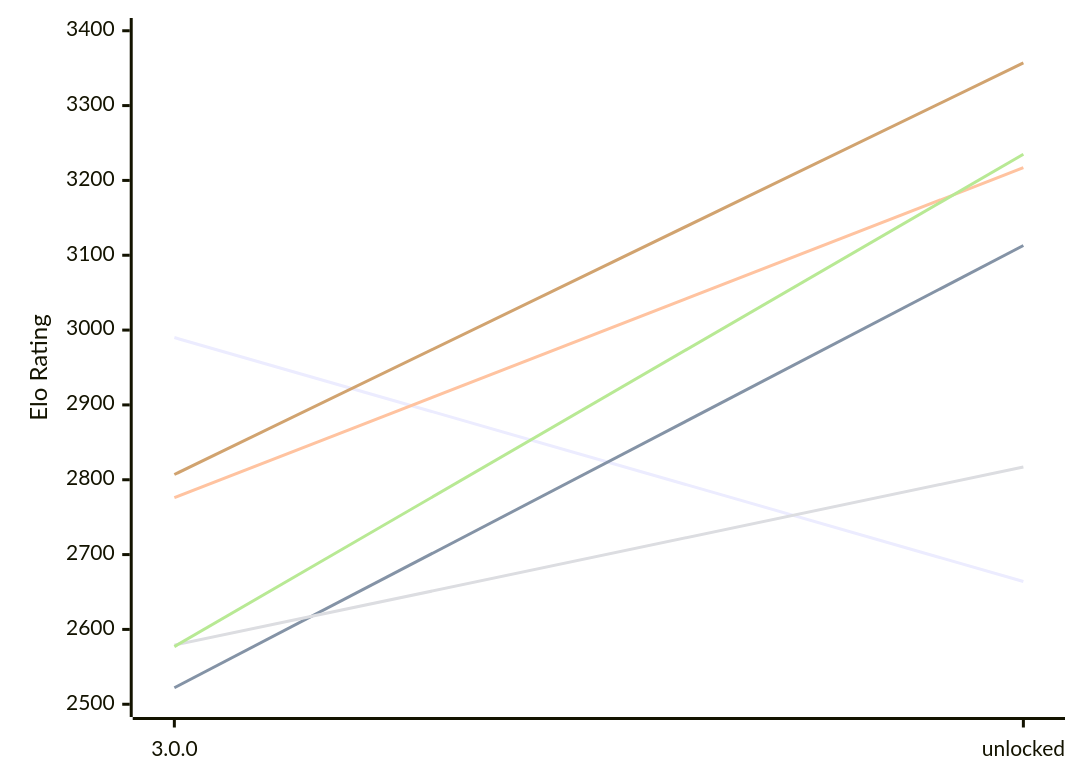
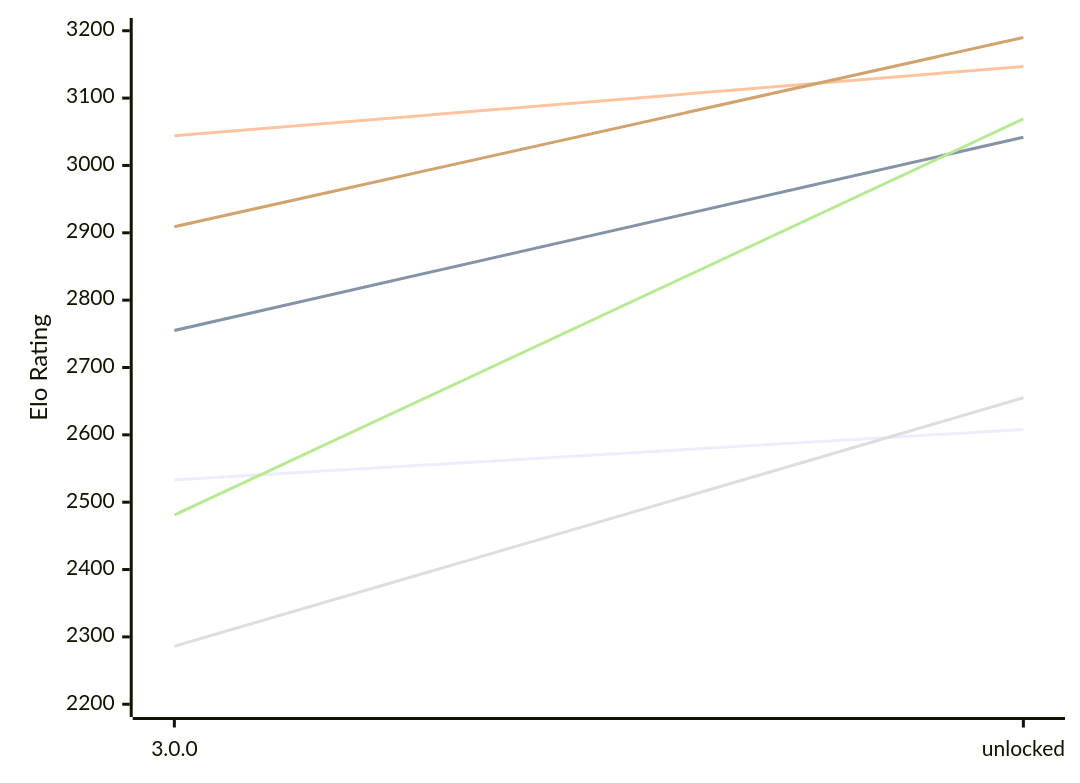
One commit to computer-chess-index/cci changed the first of 2 diagrams in engines/Potential.md. Above: the diagram before and after it, drawn with Mermaid. The commit also changed other lines of this file, not shown here.

Commit message:
Update CCI Ratings (ELO VLTC) - 2026-11-13

````diff
--- a/engines/Potential.md
+++ b/engines/Potential.md
@@ -51,12 +51,12 @@
 ```mermaid
 %%{init: {"theme":"base","themeVariables":{"seriesColors:['#a3a3a3','#222221','#faa371']}}}%%
 xychart-beta
   x-axis ["3.0.0", "unlocked"]
-  y-axis "Elo Rating" 2500 --> 3400
-  line "E1: STC (8.0+0.08s)" [2990, 2664]
-  line "E1: LTC (60.0+0.60s)" [2522, 3113]
-  line "E1: VLTC (2m24s+1.12s)" [2776, 3217]
-  line "P1: STC (8.0+0.08s)" [2579, 2817]
-  line "P1: LTC (60.0+0.60s)" [2577, 3235]
-  line "P1: VLTC (2m24s+1.12s)" [2807, 3357]
+  y-axis "Elo Rating" 2200 --> 3200
+  line "E1: STC (8.0+0.08s)" [2533, 2608]
+  line "E1: LTC (60.0+0.60s)" [2755, 3042]
+  line "E1: VLTC (2m24s+1.12s)" [3044, 3147]
+  line "P1: STC (8.0+0.08s)" [2286, 2655]
+  line "P1: LTC (60.0+0.60s)" [2481, 3069]
+  line "P1: VLTC (2m24s+1.12s)" [2909, 3190]
 ```
````
